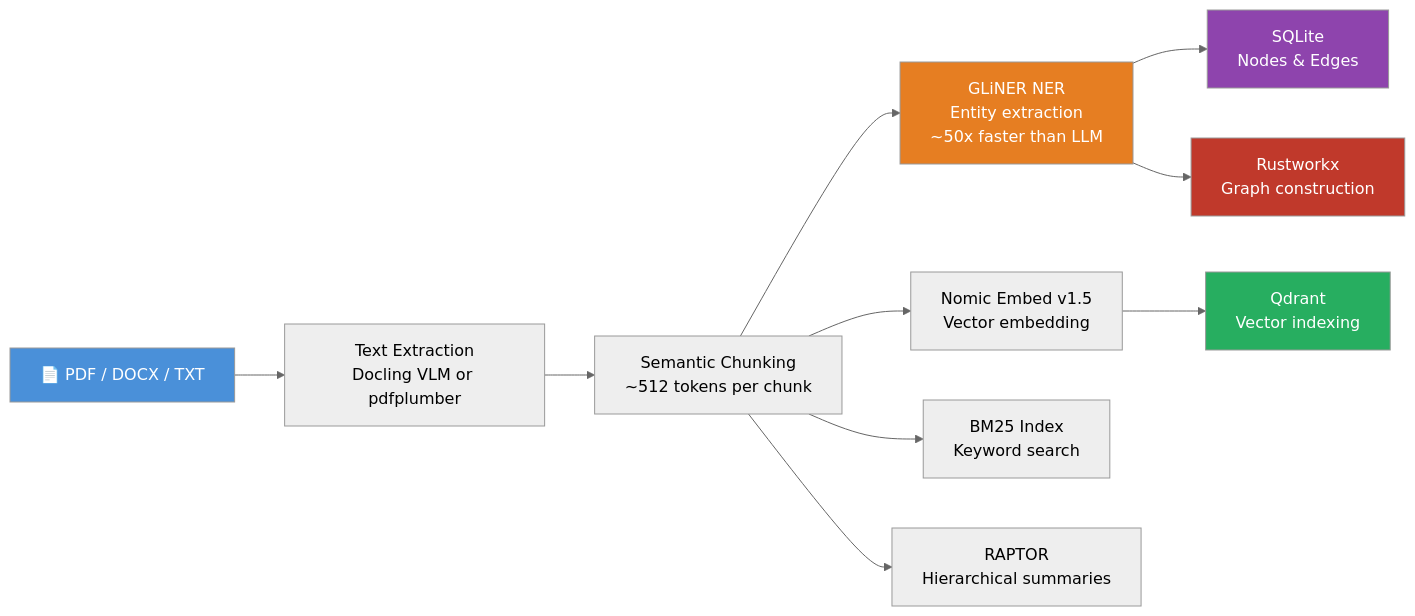
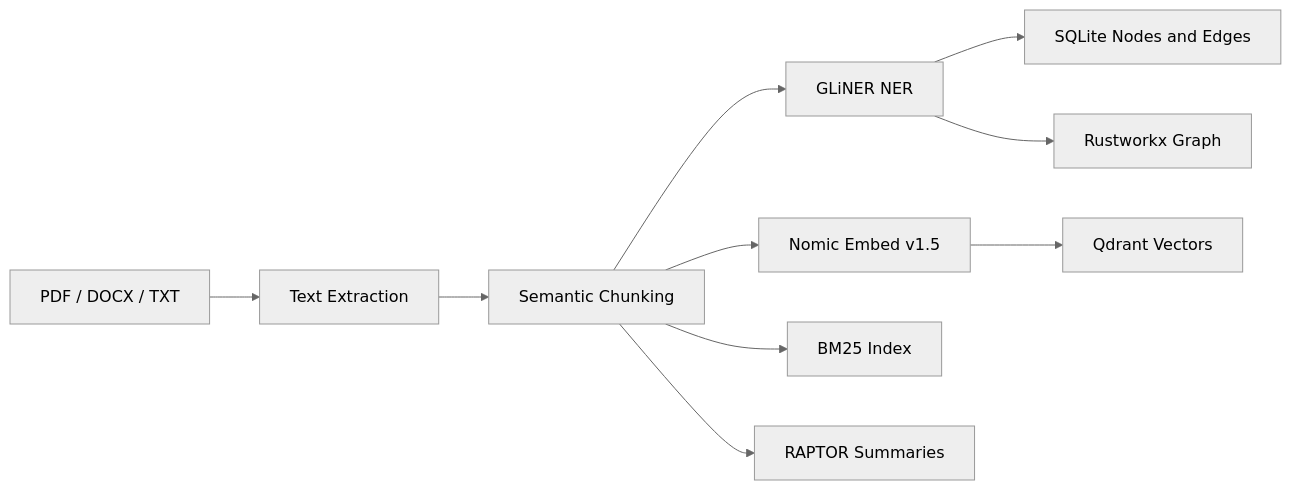
Before and after one commit to AidanSYu/Atlas-OS: the second of 9 diagrams in docs/ATLAS_DISCOVERY_VISION.md, drawn with Mermaid (neutral theme). The commit also changed other lines of this file and 1 other file, not shown here.

Commit message:
docs: Move ATLAS_DISCOVERY_VISION.md to docs/ and refactor content for improved path portability and diagram clarity.

````diff
--- a/docs/ATLAS_DISCOVERY_VISION.md
+++ b/docs/ATLAS_DISCOVERY_VISION.md
@@ -130,18 +126,12 @@
 ```mermaid
 graph LR
-    A["📄 PDF / DOCX / TXT"] --> B["Text Extraction<br/>Docling VLM or pdfplumber"]
-    B --> C["Semantic Chunking<br/>~512 tokens per chunk"]
-    C --> D["GLiNER NER<br/>Entity extraction<br/>~50x faster than LLM"]
-    C --> E["Nomic Embed v1.5<br/>Vector embedding"]
-    D --> F["SQLite<br/>Nodes & Edges"]
-    D --> G["Rustworkx<br/>Graph construction"]
-    E --> H["Qdrant<br/>Vector indexing"]
-    C --> I["BM25 Index<br/>Keyword search"]
-    C --> J["RAPTOR<br/>Hierarchical summaries"]
-
-    style A fill:#4A90D9,color:#fff
-    style D fill:#E67E22,color:#fff
-    style H fill:#27AE60,color:#fff
-    style F fill:#8E44AD,color:#fff
-    style G fill:#C0392B,color:#fff
+    A["PDF / DOCX / TXT"] --> B["Text Extraction"]
+    B --> C["Semantic Chunking"]
+    C --> D["GLiNER NER"]
+    C --> E["Nomic Embed v1.5"]
+    D --> F["SQLite Nodes and Edges"]
+    D --> G["Rustworkx Graph"]
+    E --> H["Qdrant Vectors"]
+    C --> I["BM25 Index"]
+    C --> J["RAPTOR Summaries"]
 ```
````
